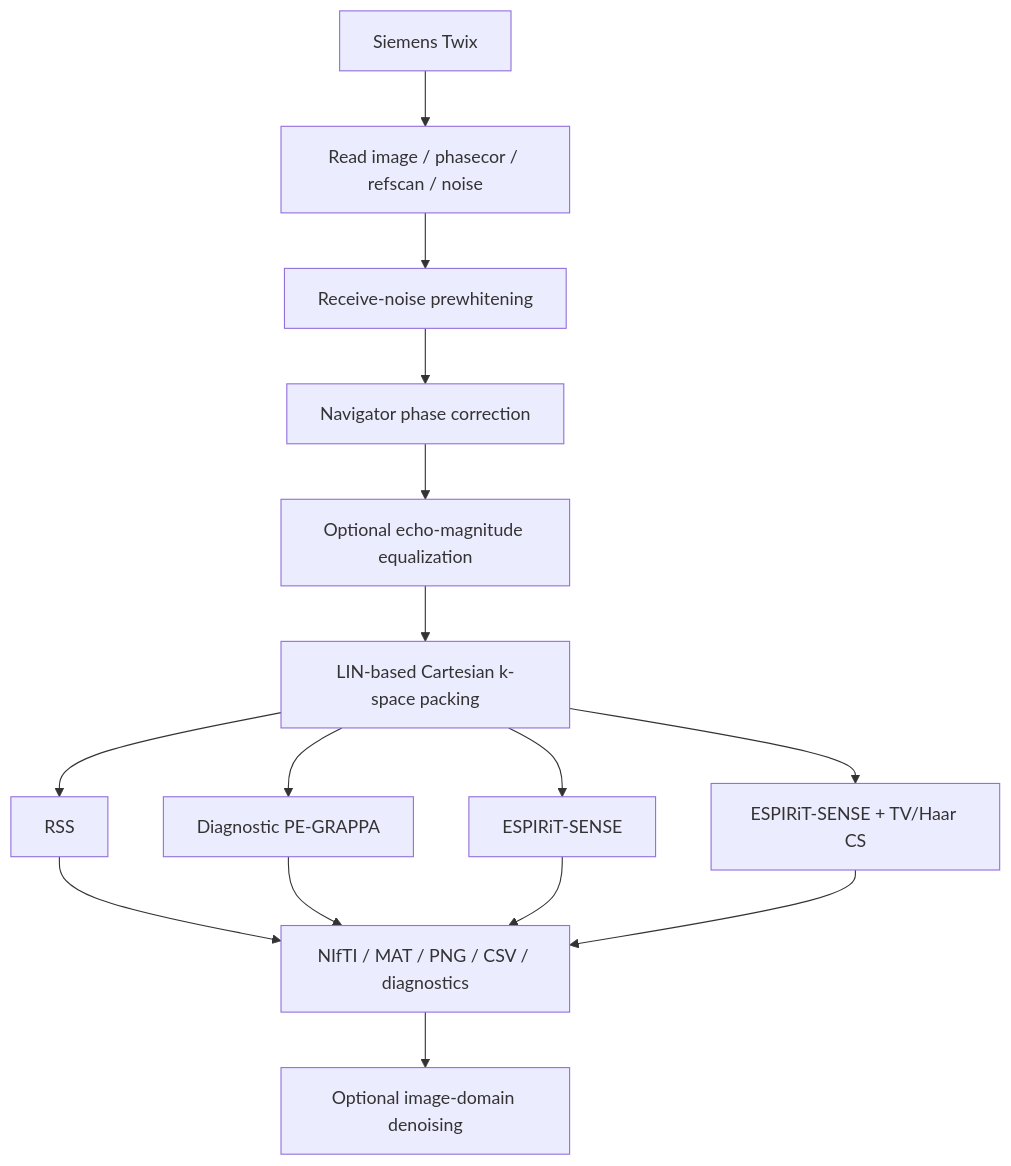
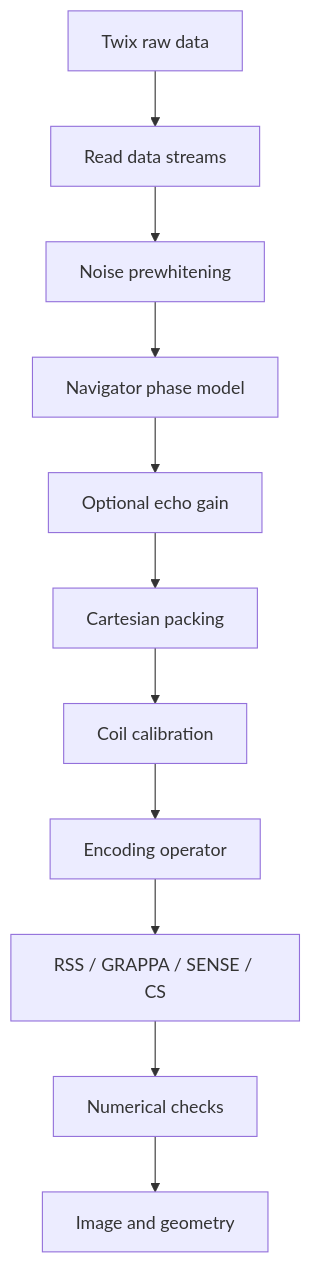
The diagram in docs/reconstruction.md (BennyZhang-Codes/tse-pulseq-matlab), drawn with Mermaid before and after one commit. The commit also changed other lines of this file, not shown here.

````diff
--- a/docs/reconstruction.md
+++ b/docs/reconstruction.md
@@ -19,20 +11,13 @@
 ```mermaid
 flowchart TD
-    A["Siemens Twix"] --> B["Read image / phasecor / refscan / noise"]
-    B --> C["Receive-noise prewhitening"]
-    C --> D["Navigator phase correction"]
-    D --> E["Optional echo-magnitude equalization"]
-    E --> F["LIN-based Cartesian k-space packing"]
-
-    F --> G1["RSS"]
-    F --> G2["Diagnostic PE-GRAPPA"]
-    F --> G3["ESPIRiT-SENSE"]
-    F --> G4["ESPIRiT-SENSE + TV/Haar CS"]
-
-    G1 --> H["NIfTI / MAT / PNG / CSV / diagnostics"]
-    G2 --> H
-    G3 --> H
-    G4 --> H
-
-    H --> I["Optional image-domain denoising"]
+    A[Twix raw data] --> B[Read data streams]
+    B --> C[Noise prewhitening]
+    C --> D[Navigator phase model]
+    D --> E[Optional echo gain]
+    E --> F[Cartesian packing]
+    F --> G[Coil calibration]
+    G --> H[Encoding operator]
+    H --> I[RSS / GRAPPA / SENSE / CS]
+    I --> J[Numerical checks]
+    J --> K[Image and geometry]
 ```
````
